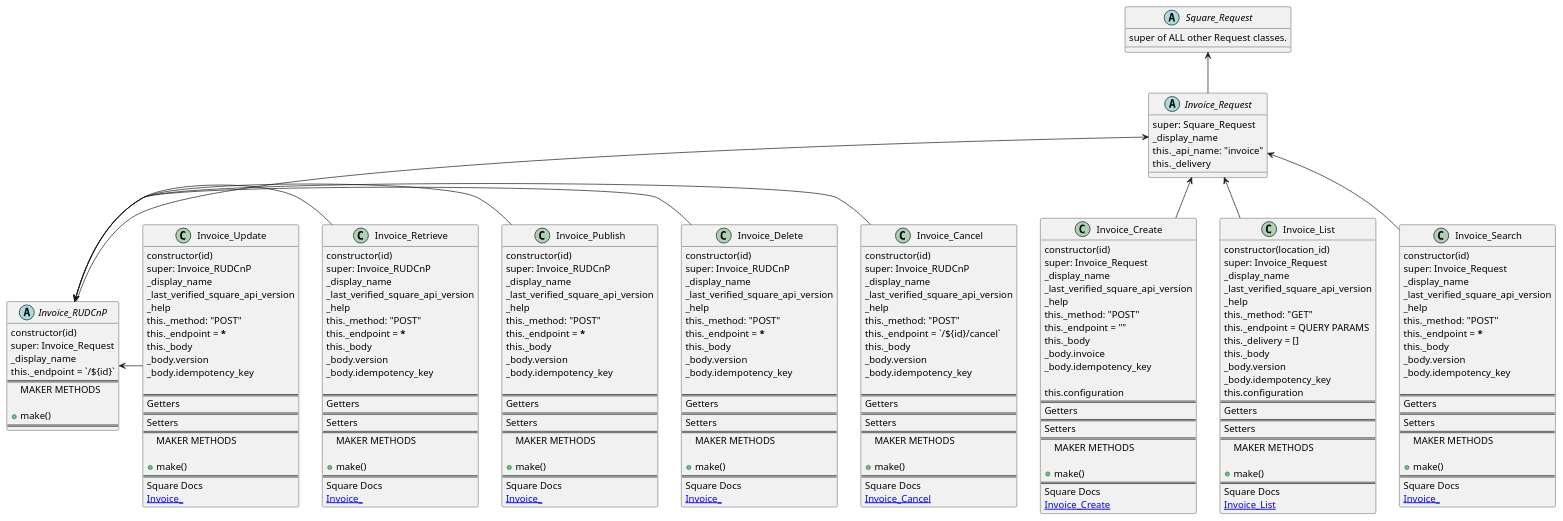
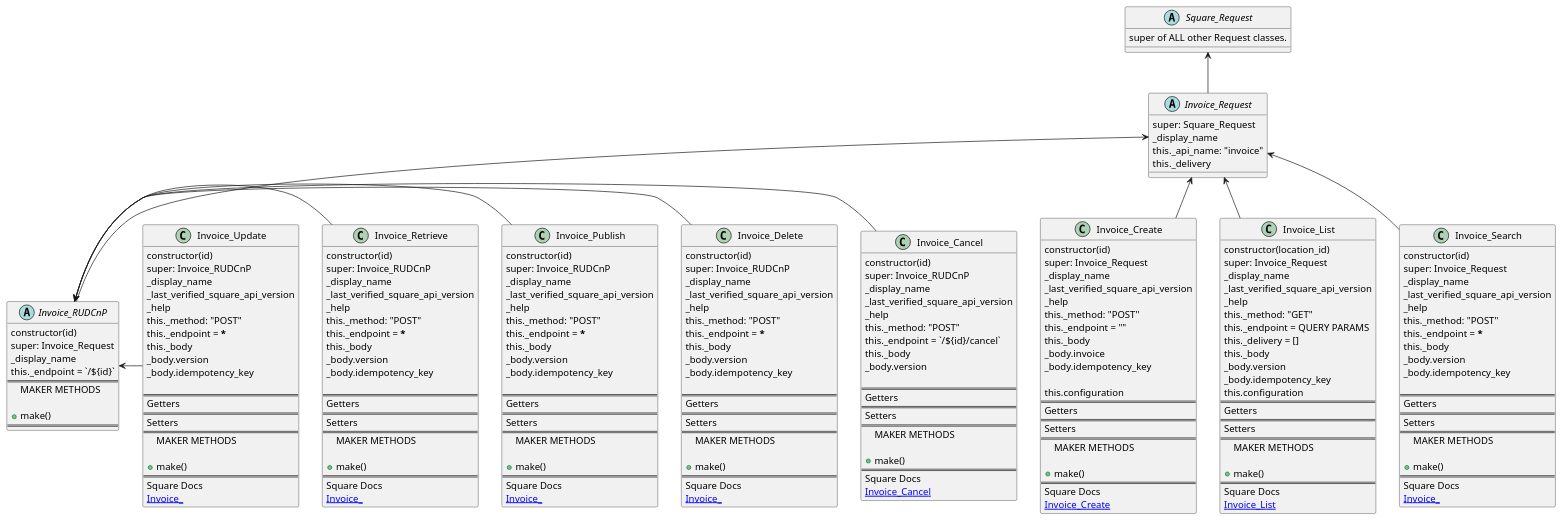
One commit to TwoFistedJustice/square-pie changed the diagram in docs/uml/pie_invoice_api.puml. Above: the diagram before and after it, drawn with PlantUML.

Commit message:
docs: diagram Cancel

```diff
--- a/docs/uml/pie_invoice_api.puml
+++ b/docs/uml/pie_invoice_api.puml
@@ -101,7 +101,6 @@
 this._endpoint = `/${id}/cancel`
 this._body
 _body.version
-_body.idempotency_key
 
 ==
 Getters
@@ -113,7 +112,7 @@
 +make()
 ==
 Square Docs
-[[ Invoice_Cancel ]]
+[[https://developer.squareup.com/reference/square/invoices-api/cancel-invoice Invoice_Cancel ]]
 }
 
 
```
